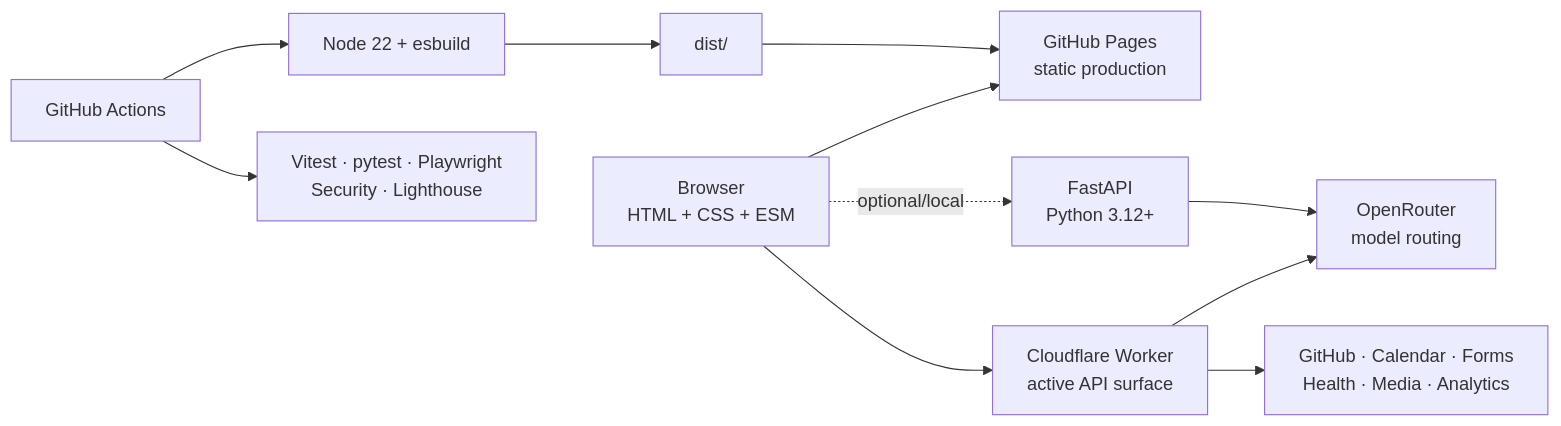
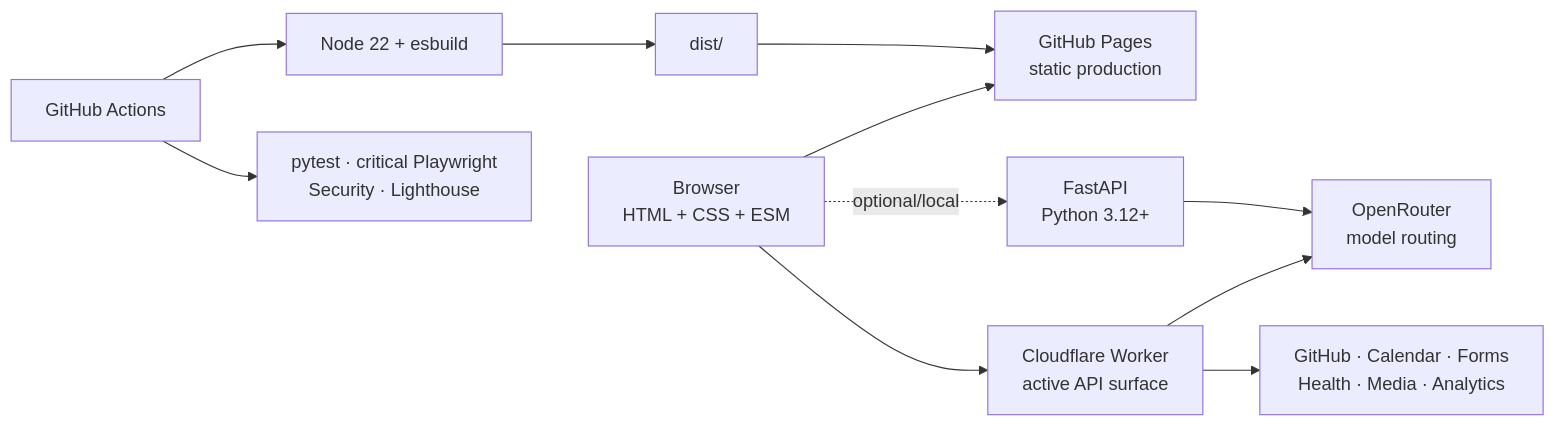
The diagram in README.md (mangeshraut712/mangeshrautarchive), drawn with Mermaid before and after one commit. The commit also changed other lines of this file and 114 other files, not shown here.

````diff
--- a/README.md
+++ b/README.md
@@ -65,13 +65,13 @@
 ```mermaid
 flowchart LR
   Browser[Browser<br>HTML + CSS + ESM] --> Pages[GitHub Pages<br>static production]
   Browser --> Worker[Cloudflare Worker<br>active API surface]
   Browser -. optional/local .-> FastAPI[FastAPI<br>Python 3.12+]
   Worker --> OpenRouter[OpenRouter<br>model routing]
   Worker --> Services[GitHub · Calendar · Forms<br>Health · Media · Analytics]
   FastAPI --> OpenRouter
   Build[Node 22 + esbuild] --> Dist[dist/]
   Dist --> Pages
   CI[GitHub Actions] --> Build
-  CI --> Tests[Vitest · pytest · Playwright<br>Security · Lighthouse]
+  CI --> Tests[pytest · critical Playwright<br>Security · Lighthouse]
 ```
````
